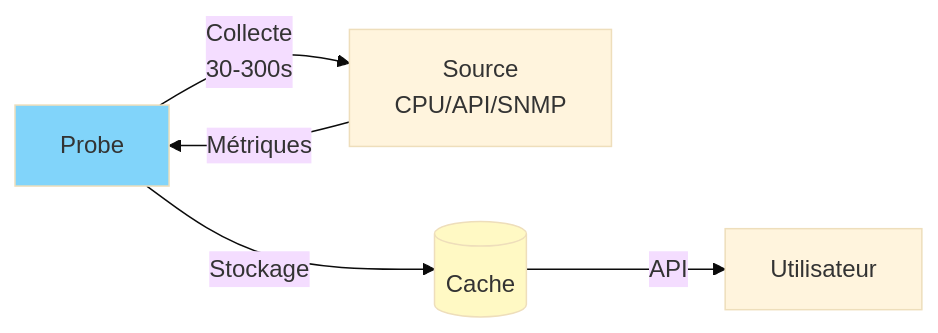
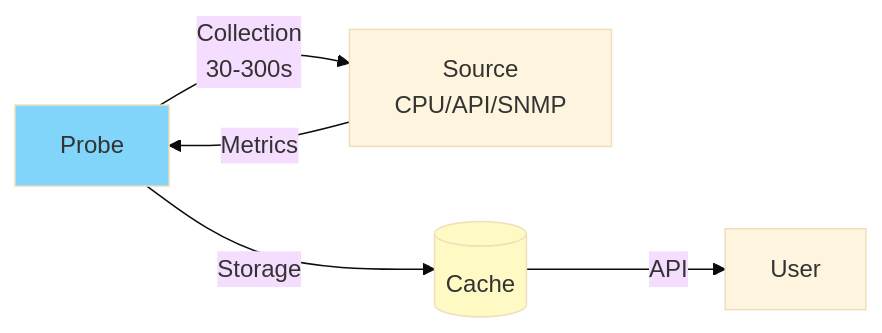
One commit to senhub-io/senhub-agent changed the diagram in docs/user-guide/PROBES-CONFIGURATION.md. Above: the diagram before and after it, drawn with Mermaid (base theme). The commit also changed other lines of this file and 3 other files, not shown here.

````diff
--- a/docs/user-guide/PROBES-CONFIGURATION.md
+++ b/docs/user-guide/PROBES-CONFIGURATION.md
@@ -19,10 +19,10 @@
 ```mermaid
 graph LR
-    P[Probe] -->|Collecte<br/>30-300s| S[Source<br/>CPU/API/SNMP]
-    S -->|Métriques| P
-    P -->|Stockage| C[(Cache)]
-    C -->|API| U[Utilisateur]
+    P[Probe] -->|Collection<br/>30-300s| S[Source<br/>CPU/API/SNMP]
+    S -->|Metrics| P
+    P -->|Storage| C[(Cache)]
+    C -->|API| U[User]
 
     style P fill:#81d4fa
     style C fill:#fff9c4
 ```
````
